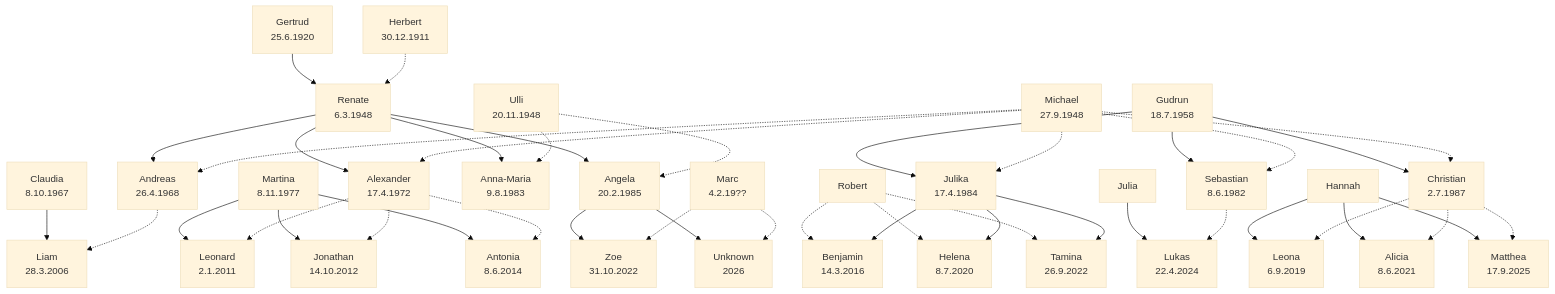
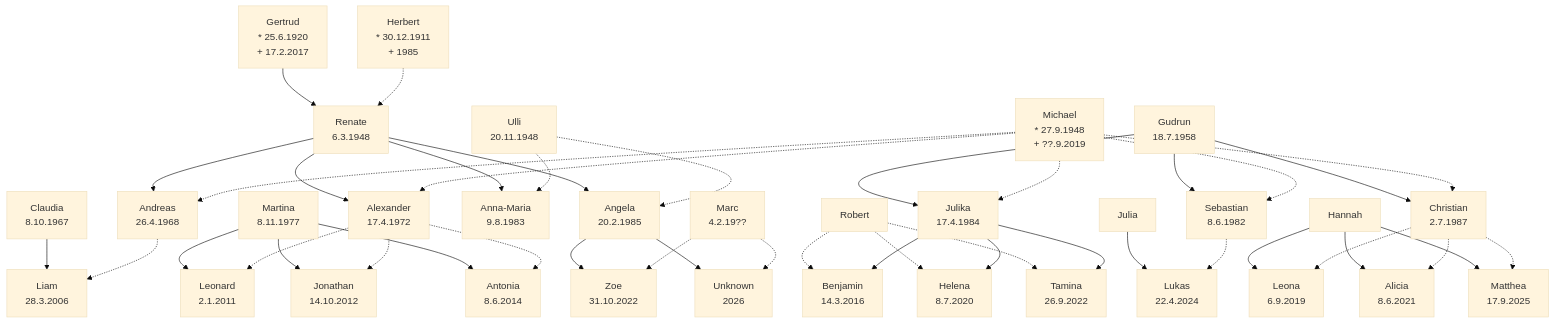
Before and after one commit to adorn4711/hello-world: the second of 2 diagrams in ahnen.md, drawn with Mermaid (base theme). The commit also changed other lines of this file, not shown here.

Commit message:
Update ahnen.md Todesdatum

```diff
--- a/ahnen.md
+++ b/ahnen.md
@@ -72,9 +72,9 @@
     Claudia[Claudia <br>8.10.1967]
     Renate[Renate <br>6.3.1948]
     Ulli[Ulli <br>20.11.1948]
-    Michael[Michael<br>27.9.1948]
-    Herbert[Herbert<br>30.12.1911]
-    Gertrud[Gertrud<br>25.6.1920]
+    Michael[Michael<br>* 27.9.1948<br>+ ??.9.2019]
+    Herbert[Herbert<br>* 30.12.1911<br>+ 1985]
+    Gertrud[Gertrud<br>* 25.6.1920<br>+ 17.2.2017]
     Liam[Liam<br>28.3.2006]
     Antonia[Antonia<br>8.6.2014]
     Leonard[Leonard<br>2.1.2011]
```
